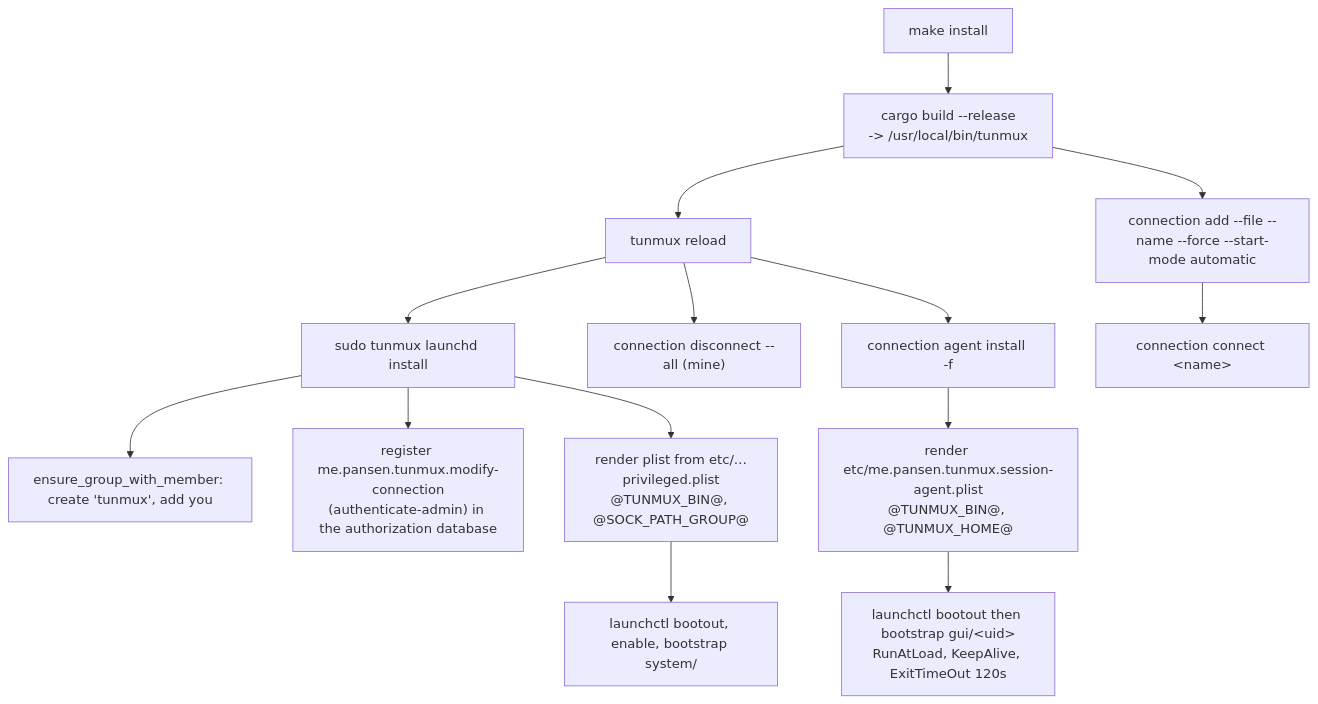
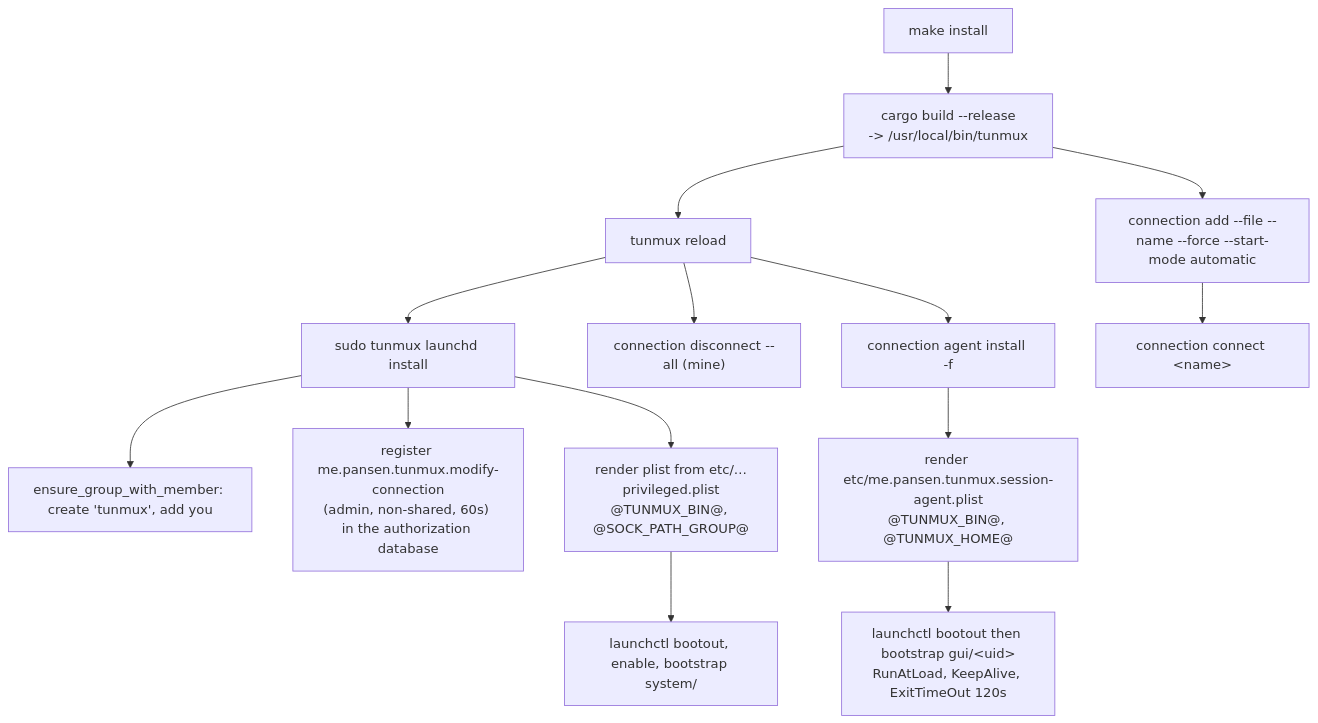
Diagram 11 of 11 in doc/architecture.md (pansen/macos-wireguard-daemon), drawn with Mermaid before and after one commit. The commit also changed other lines of this file and 8 other files, not shown here.

First line of the commit message:
Use a custom authorization rule for admin verification

````diff
--- a/doc/architecture.md
+++ b/doc/architecture.md
@@ -597,18 +618,18 @@
 ```mermaid
 flowchart TB
     MAKE["make install"] --> BUILD["cargo build --release<br/>-> /usr/local/bin/tunmux"]
     BUILD --> RELOAD["tunmux reload"]
     RELOAD --> LI["sudo tunmux launchd install"]
     RELOAD --> DISC["connection disconnect --all (mine)"]
     RELOAD --> AI["connection agent install -f"]
     BUILD --> ADD["connection add --file --name --force --start-mode automatic"]
     ADD --> CONNECT["connection connect &lt;name&gt;"]
 
     LI --> GRP["ensure_group_with_member: create 'tunmux', add you"]
-    LI --> RIGHT["register me.pansen.tunmux.modify-connection<br/>(authenticate-admin) in the authorization database"]
+    LI --> RIGHT["register me.pansen.tunmux.modify-connection<br/>(admin, non-shared, 60s) in the authorization database"]
     LI --> PL["render plist from etc/…privileged.plist<br/>@TUNMUX_BIN@, @SOCK_PATH_GROUP@"]
     PL --> BOOT["launchctl bootout, enable, bootstrap system/"]
 
     AI --> APL["render etc/me.pansen.tunmux.session-agent.plist<br/>@TUNMUX_BIN@, @TUNMUX_HOME@"]
     APL --> ABOOT["launchctl bootout then bootstrap gui/&lt;uid&gt;<br/>RunAtLoad, KeepAlive, ExitTimeOut 120s"]
 ```
````
